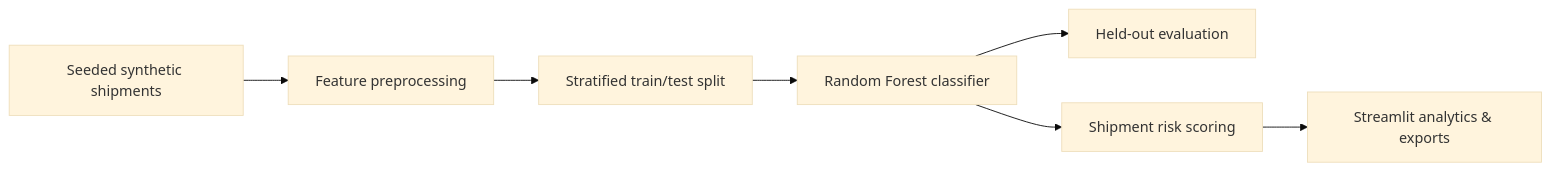
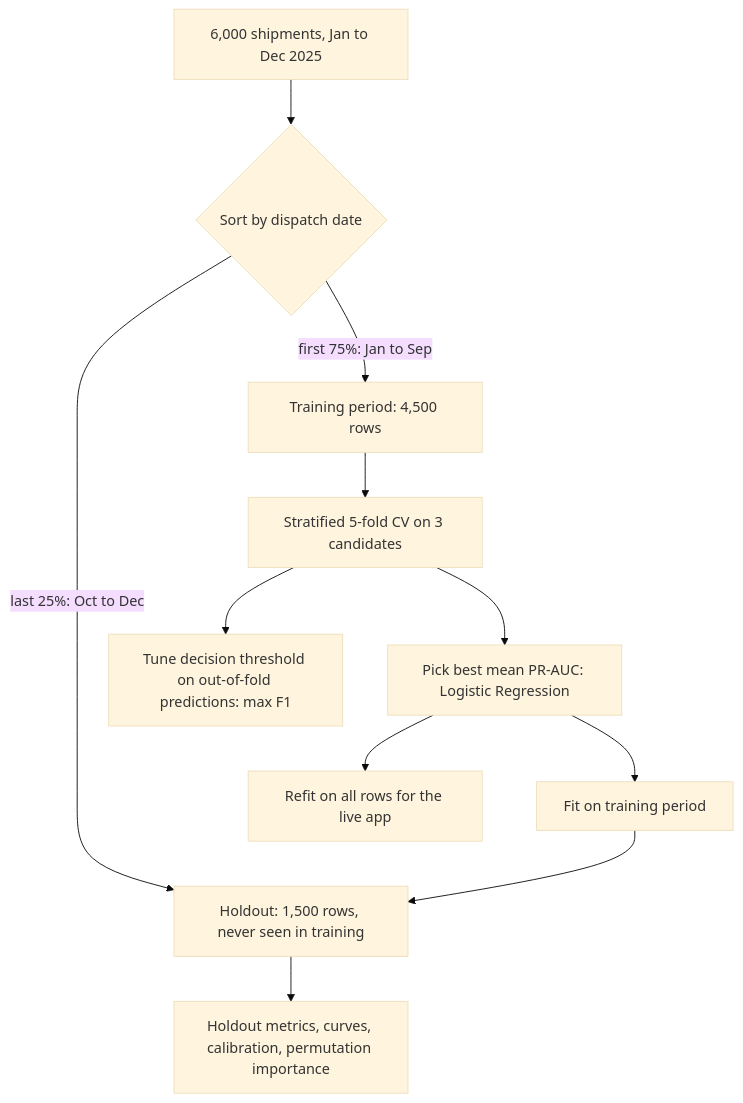
The second of 2 diagrams in README.md (muhammadzubair-data/routewise-ai-supply-chain-intelligence), drawn with Mermaid (base theme) before and after one commit. The commit also changed other lines of this file and 33 other files, not shown here.

````diff
--- a/README.md
+++ b/README.md
@@ -29,9 +118,13 @@
 ```mermaid
-flowchart LR
-  A[Seeded synthetic shipments] --> B[Feature preprocessing]
-  B --> C[Stratified train/test split]
-  C --> D[Random Forest classifier]
-  D --> E[Held-out evaluation]
-  D --> F[Shipment risk scoring]
-  F --> G[Streamlit analytics & exports]
+flowchart TD
+    A[6,000 shipments, Jan to Dec 2025] --> B{Sort by dispatch date}
+    B -->|first 75%: Jan to Sep| C[Training period: 4,500 rows]
+    B -->|last 25%: Oct to Dec| D[Holdout: 1,500 rows, never seen in training]
+    C --> E[Stratified 5-fold CV on 3 candidates]
+    E --> F[Pick best mean PR-AUC: Logistic Regression]
+    E --> G[Tune decision threshold on out-of-fold predictions: max F1]
+    F --> H[Fit on training period]
+    H --> D
+    D --> I[Holdout metrics, curves, calibration, permutation importance]
+    F --> J[Refit on all rows for the live app]
 ```
````
